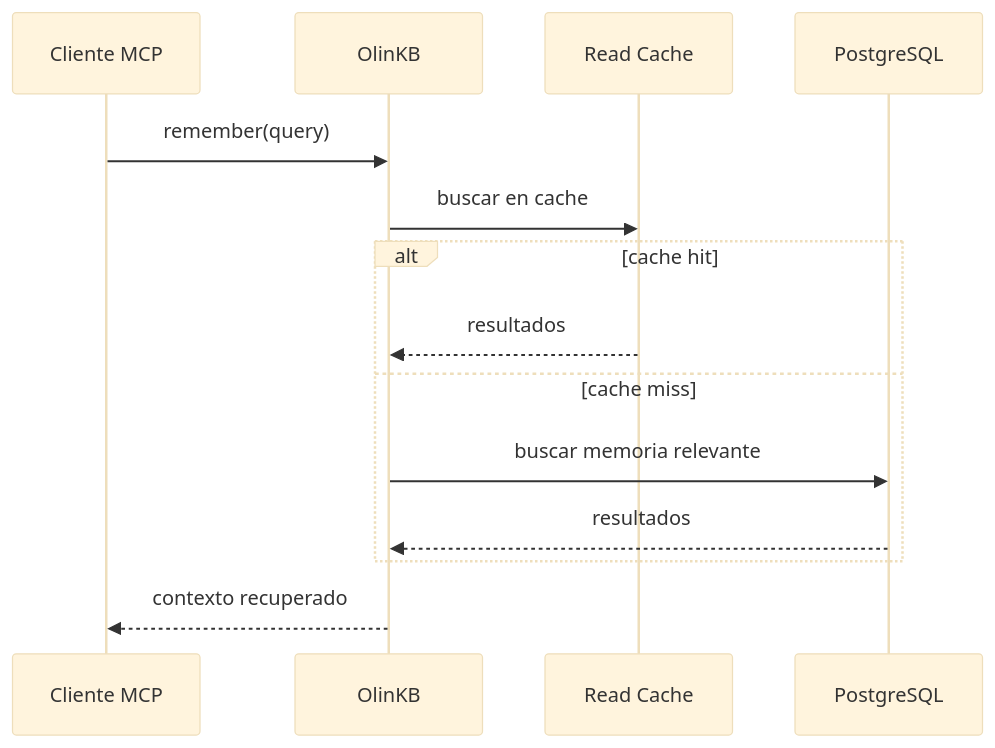
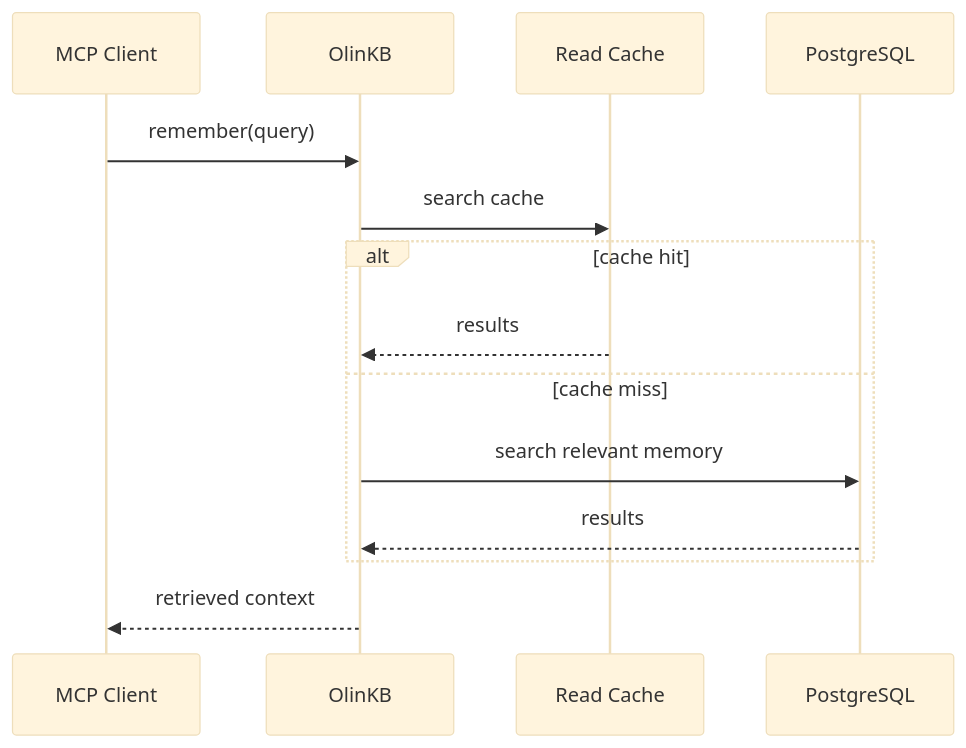
One commit to rzjulio/olinkb changed the third of 4 diagrams in docs/olinkb-mcp-operacion.md. Above: the diagram before and after it, drawn with Mermaid (base theme). The commit also changed other lines of this file and 22 other files, not shown here.

````diff
--- a/docs/olinkb-mcp-operacion.md
+++ b/docs/olinkb-mcp-operacion.md
@@ -185,17 +185,17 @@
 ```mermaid
 sequenceDiagram
-    participant IDE as Cliente MCP
+    participant IDE as MCP Client
     participant MCP as OlinKB
     participant Cache as Read Cache
     participant PG as PostgreSQL
 
     IDE->>MCP: remember(query)
-    MCP->>Cache: buscar en cache
+    MCP->>Cache: search cache
     alt cache hit
-        Cache-->>MCP: resultados
+        Cache-->>MCP: results
     else cache miss
-        MCP->>PG: buscar memoria relevante
-        PG-->>MCP: resultados
+        MCP->>PG: search relevant memory
+        PG-->>MCP: results
     end
-    MCP-->>IDE: contexto recuperado
+    MCP-->>IDE: retrieved context
 ```
````
